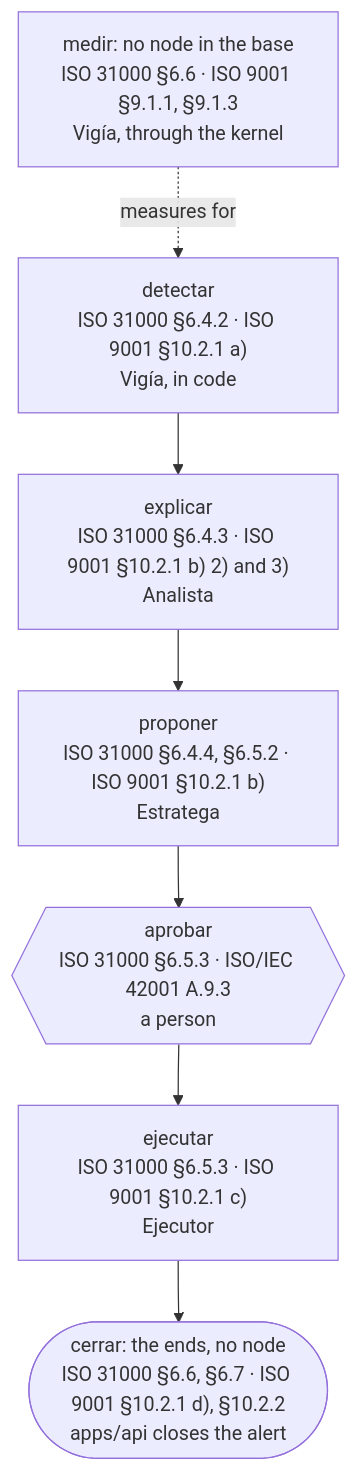
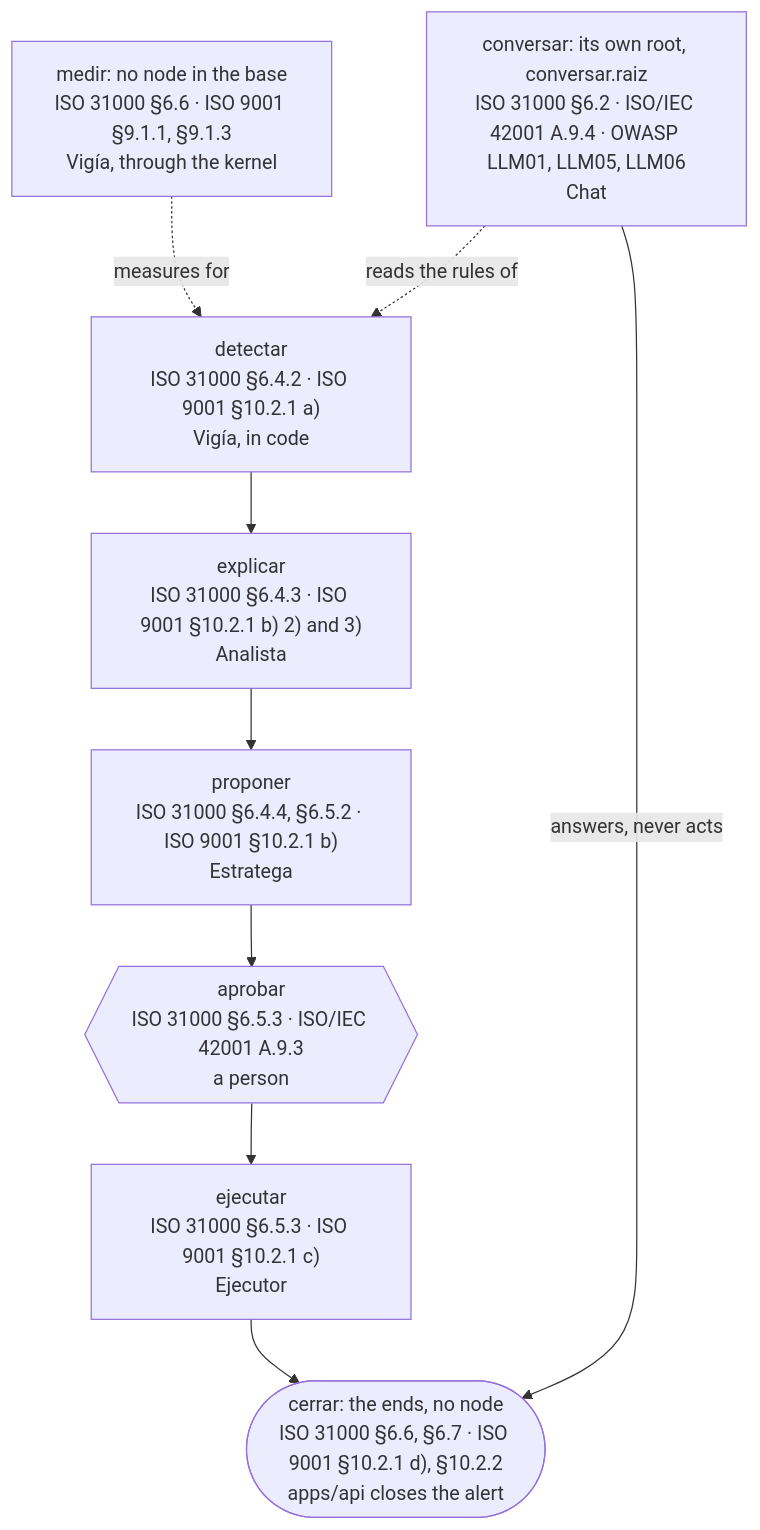
Before and after one commit to alejandroserranodev-ant/Centinela: the first of 3 diagrams in docs/guide/chapters/decision-tree.md, drawn with Mermaid. The commit also changed other lines of this file and 11 other files, not shown here.

````diff
--- a/docs/guide/chapters/decision-tree.md
+++ b/docs/guide/chapters/decision-tree.md
@@ -29,12 +30,15 @@
 ```mermaid
 flowchart TB
   detectar["detectar<br/>ISO 31000 §6.4.2 · ISO 9001 §10.2.1 a)<br/>Vigía, in code"]
   explicar["explicar<br/>ISO 31000 §6.4.3 · ISO 9001 §10.2.1 b) 2) and 3)<br/>Analista"]
   proponer["proponer<br/>ISO 31000 §6.4.4, §6.5.2 · ISO 9001 §10.2.1 b)<br/>Estratega"]
   aprobar{{"aprobar<br/>ISO 31000 §6.5.3 · ISO/IEC 42001 A.9.3<br/>a person"}}
   ejecutar["ejecutar<br/>ISO 31000 §6.5.3 · ISO 9001 §10.2.1 c)<br/>Ejecutor"]
   cerrar(["cerrar: the ends, no node<br/>ISO 31000 §6.6, §6.7 · ISO 9001 §10.2.1 d), §10.2.2<br/>apps/api closes the alert"])
   medir["medir: no node in the base<br/>ISO 31000 §6.6 · ISO 9001 §9.1.1, §9.1.3<br/>Vigía, through the kernel"]
+  conversar["conversar: its own root, conversar.raiz<br/>ISO 31000 §6.2 · ISO/IEC 42001 A.9.4 · OWASP LLM01, LLM05, LLM06<br/>Chat"]
   detectar --> explicar --> proponer --> aprobar --> ejecutar --> cerrar
   medir -. measures for .-> detectar
+  conversar -- answers, never acts --> cerrar
+  conversar -. reads the rules of .-> detectar
 ```
````
